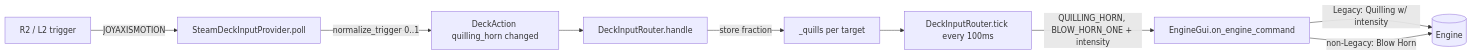
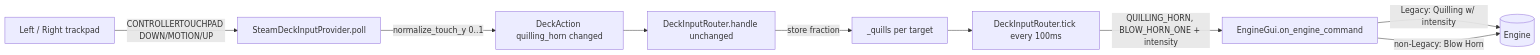
One commit to cdswindell/PyLegacy changed the diagram in .junie/plans/quilling-horn-triggers.md. Above: the diagram before and after it, drawn with Mermaid. The commit also changed other lines of this file and 3 other files, not shown here.

First line of the commit message:
Replace L2/R2 trigger-based quilling horn control with trackpad-based implementation

````diff
--- a/.junie/plans/quilling-horn-triggers.md
+++ b/.junie/plans/quilling-horn-triggers.md
@@ -125,11 +136,11 @@
 ```mermaid
 graph LR
-    T[R2 / L2 trigger] -->|JOYAXISMOTION| P[SteamDeckInputProvider.poll]
-    P -->|normalize_trigger 0..1| A[DeckAction quilling_horn changed]
-    A --> H[DeckInputRouter.handle]
+    T[Left / Right trackpad] -->|CONTROLLERTOUCHPAD DOWN/MOTION/UP| P[SteamDeckInputProvider.poll]
+    P -->|normalize_touch_y 0..1| A[DeckAction quilling_horn changed]
+    A --> H[DeckInputRouter.handle unchanged]
     H -->|store fraction| Q[_quills per target]
     Q --> K[DeckInputRouter.tick every 100ms]
     K -->|QUILLING_HORN, BLOW_HORN_ONE + intensity| G[EngineGui.on_engine_command]
     G -->|Legacy: Quilling w/ intensity| L[(Engine)]
     G -->|non-Legacy: Blow Horn| L
 ```
````
